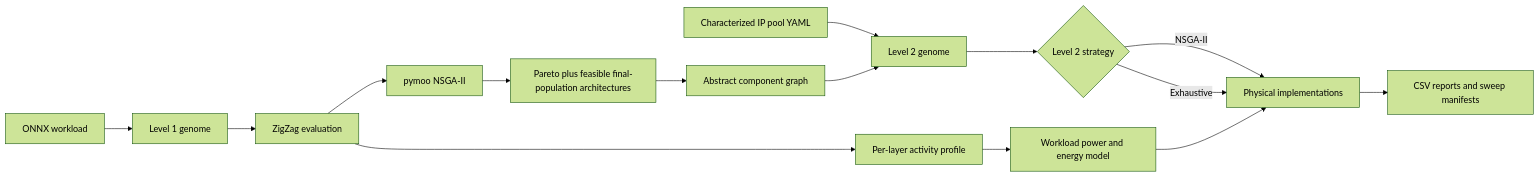
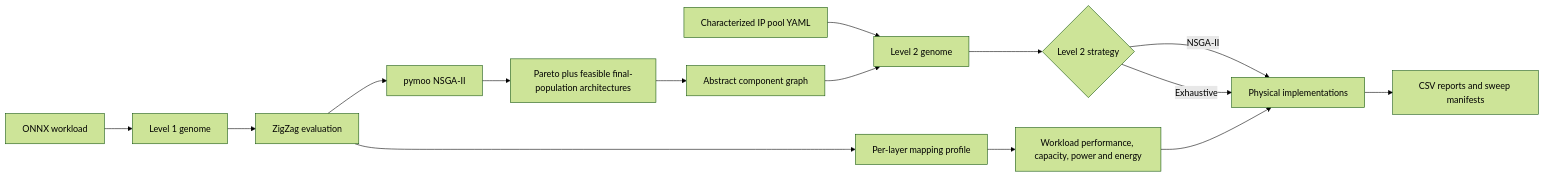
The diagram in READMe.md (ThaChoppahIsLookinSharp/talos), drawn with Mermaid (forest theme) before and after one commit. The commit also changed other lines of this file and 23 other files, not shown here.

Commit message:
feat(level2): add workload-aware performance to composite flow

````diff
--- a/READMe.md
+++ b/READMe.md
@@ -25,17 +26,17 @@
 ```mermaid
 flowchart LR
     A[ONNX workload] --> B[Level 1 genome]
     B --> C[ZigZag evaluation]
     C --> D[pymoo NSGA-II]
     D --> E[Pareto plus feasible final-population architectures]
     E --> F[Abstract component graph]
     G[Characterized IP pool YAML] --> H[Level 2 genome]
     F --> H
-    C --> I[Per-layer activity profile]
-    I --> J[Workload power and energy model]
+    C --> I[Per-layer mapping profile]
+    I --> J[Workload performance, capacity, power and energy]
     H --> K{Level 2 strategy}
     K -->|NSGA-II| L[Physical implementations]
     K -->|Exhaustive| L
     J --> L
     L --> M[CSV reports and sweep manifests]
 ```
````
